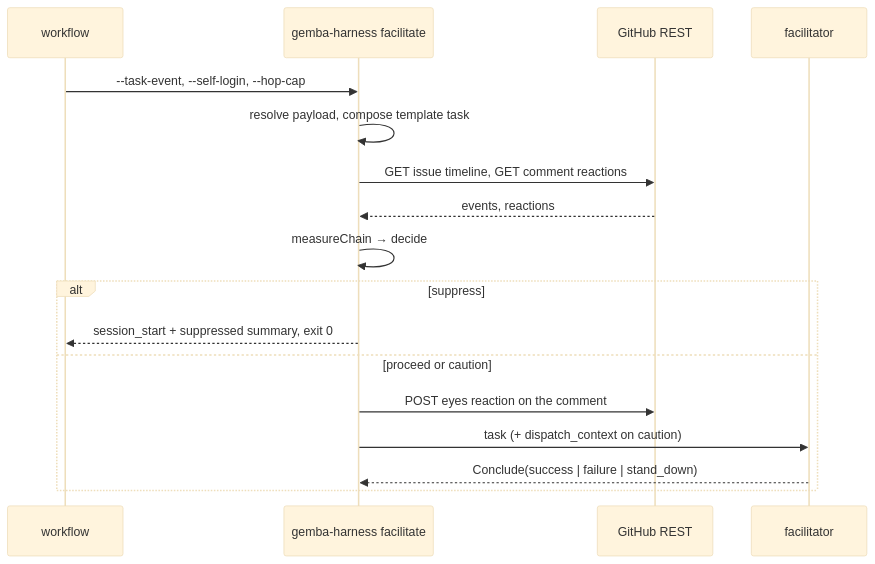
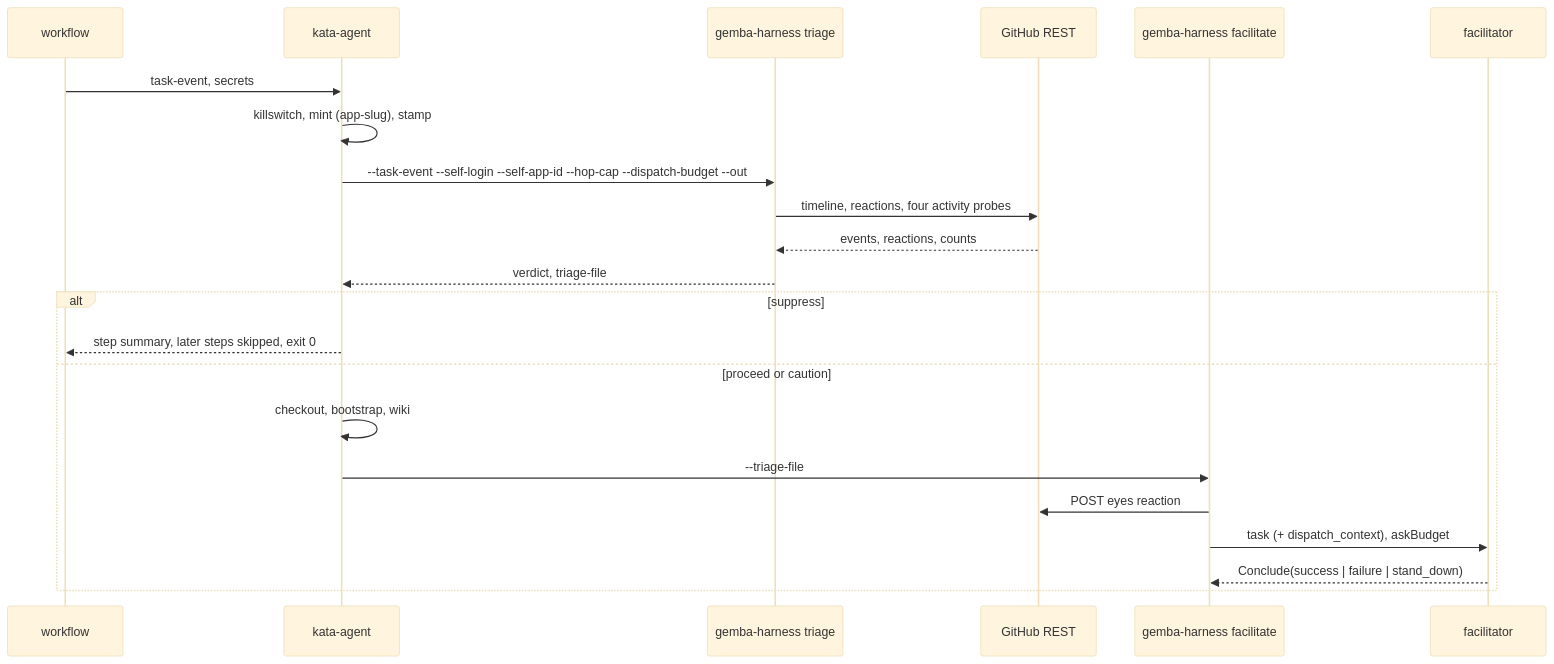
The second of 2 diagrams in specs/2350-dispatch-chain-triage/design-a.md (forwardimpact/monorepo), drawn with Mermaid (base theme) before and after one commit. The commit also changed other lines of this file and 1 other file, not shown here.

````diff
--- a/specs/2350-dispatch-chain-triage/design-a.md
+++ b/specs/2350-dispatch-chain-triage/design-a.md
@@ -105,19 +137,24 @@
 ```mermaid
 sequenceDiagram
     participant W as workflow
+    participant A as kata-agent
+    participant T as gemba-harness triage
+    participant G as GitHub REST
     participant H as gemba-harness facilitate
-    participant G as GitHub REST
     participant F as facilitator
-    W->>H: --task-event, --self-login, --hop-cap
-    H->>H: resolve payload, compose template task
-    H->>G: GET issue timeline, GET comment reactions
-    G-->>H: events, reactions
-    H->>H: measureChain → decide
+    W->>A: task-event, secrets
+    A->>A: killswitch, mint (app-slug), stamp
+    A->>T: --task-event --self-login --self-app-id --hop-cap --dispatch-budget --out
+    T->>G: timeline, reactions, four activity probes
+    G-->>T: events, reactions, counts
+    T-->>A: verdict, triage-file
     alt suppress
-        H-->>W: session_start + suppressed summary, exit 0
+        A-->>W: step summary, later steps skipped, exit 0
     else proceed or caution
-        H->>G: POST eyes reaction on the comment
-        H->>F: task (+ dispatch_context on caution)
+        A->>A: checkout, bootstrap, wiki
+        A->>H: --triage-file
+        H->>G: POST eyes reaction
+        H->>F: task (+ dispatch_context), askBudget
         F-->>H: Conclude(success | failure | stand_down)
     end
 ```
````
